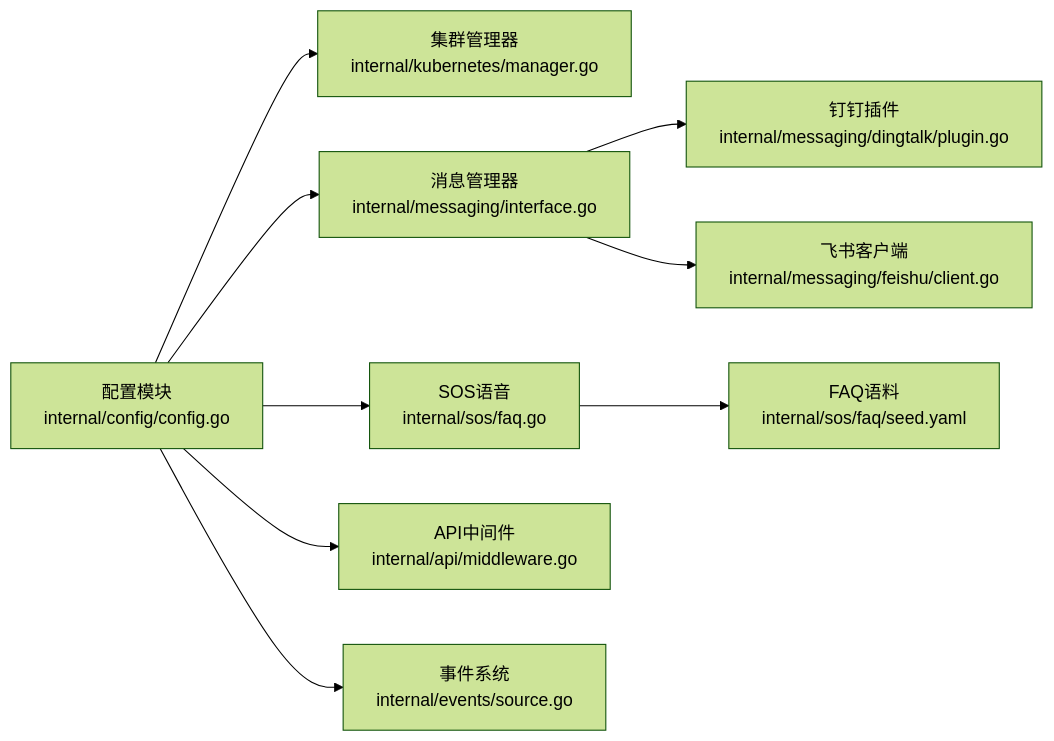
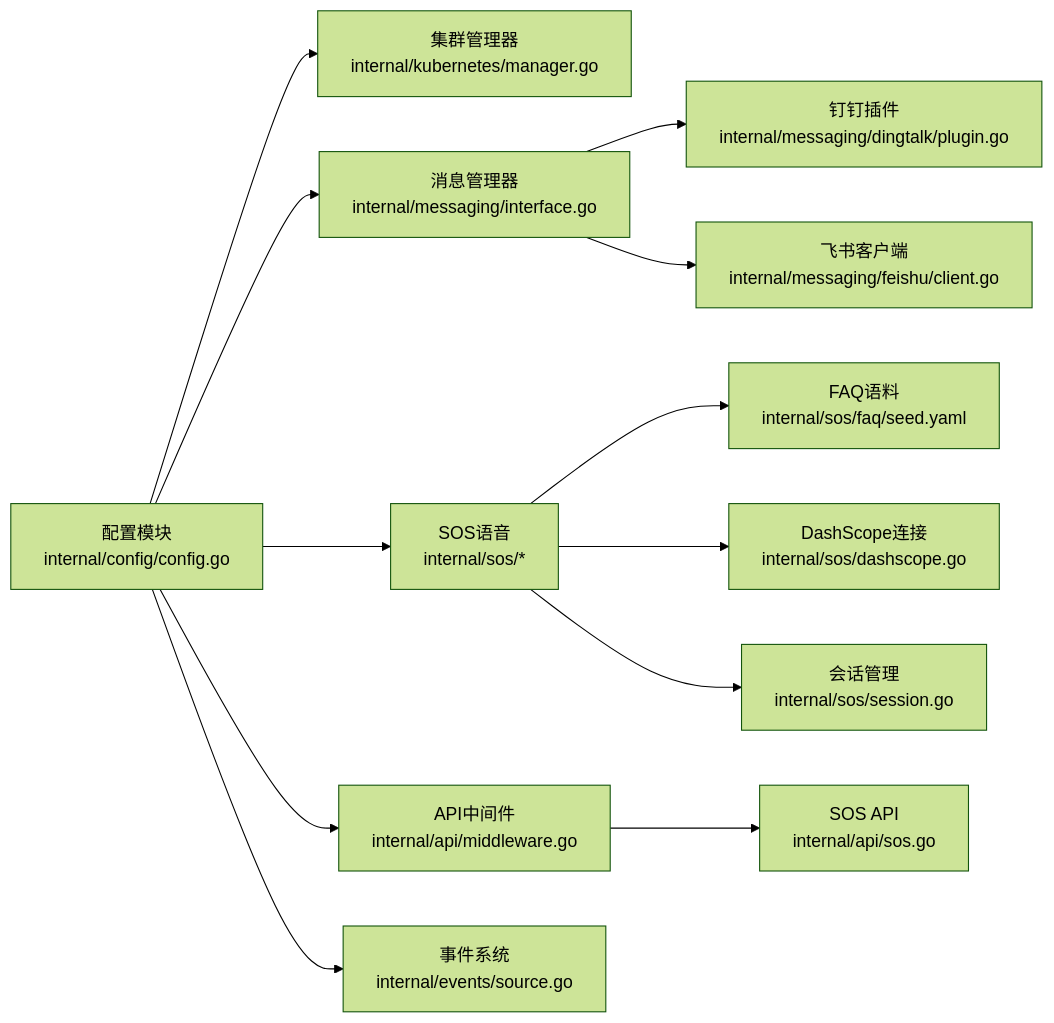
The fourth of 4 diagrams in .qoder/repowiki/zh/content/安装部署/配置管理.md (kudig-io/klaw), drawn with Mermaid (forest theme) before and after one commit. The commit also changed other lines of this file and 257 other files, not shown here.

````diff
--- a/.qoder/repowiki/zh/content/安装部署/配置管理.md
+++ b/.qoder/repowiki/zh/content/安装部署/配置管理.md
@@ -402,11 +433,14 @@
 ```mermaid
 graph LR
 Config["配置模块<br/>internal/config/config.go"] --> ClusterMgr["集群管理器<br/>internal/kubernetes/manager.go"]
 Config --> MsgMgr["消息管理器<br/>internal/messaging/interface.go"]
-Config --> SOS["SOS语音<br/>internal/sos/faq.go"]
+Config --> SOS["SOS语音<br/>internal/sos/*"]
 Config --> APIMW["API中间件<br/>internal/api/middleware.go"]
 Config --> EventSys["事件系统<br/>internal/events/source.go"]
 MsgMgr --> DingTalk["钉钉插件<br/>internal/messaging/dingtalk/plugin.go"]
 MsgMgr --> Feishu["飞书客户端<br/>internal/messaging/feishu/client.go"]
 SOS --> FAQ["FAQ语料<br/>internal/sos/faq/seed.yaml"]
+SOS --> DashScope["DashScope连接<br/>internal/sos/dashscope.go"]
+SOS --> Session["会话管理<br/>internal/sos/session.go"]
+APIMW --> SOSAPI["SOS API<br/>internal/api/sos.go"]
 ```
````
